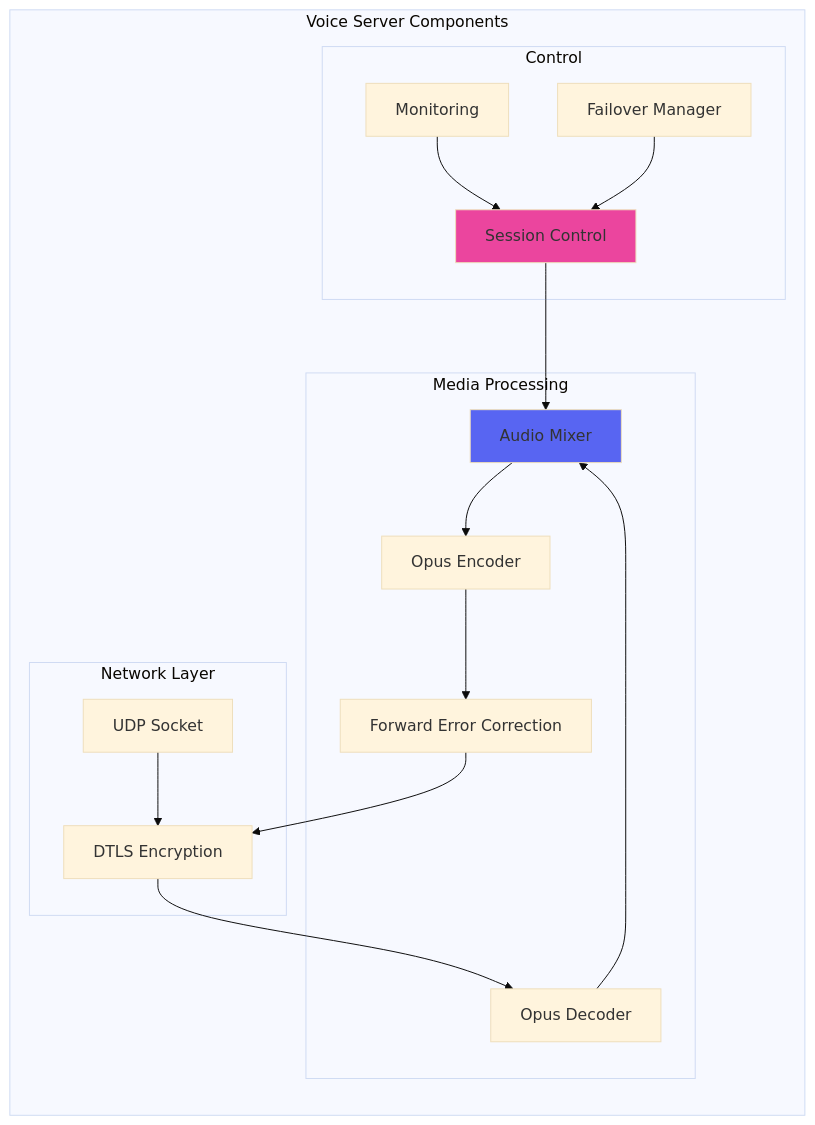
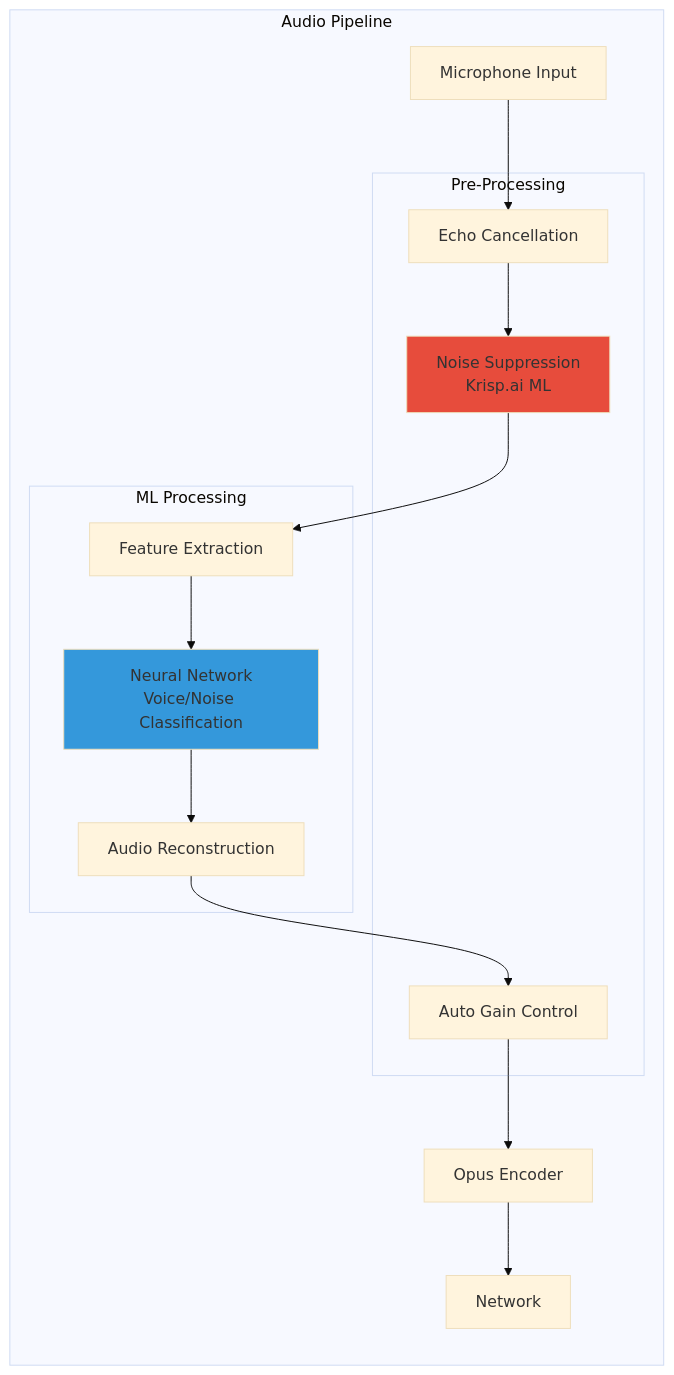
The fifth of 10 diagrams in docs/case-studies/elite-engineering/discord-voice-infrastructure.md (deepaucksharma/DStudio), drawn with Mermaid (base theme) before and after one commit. The commit also changed other lines of this file and 23 other files, not shown here.

````diff
--- a/docs/case-studies/elite-engineering/discord-voice-infrastructure.md
+++ b/docs/case-studies/elite-engineering/discord-voice-infrastructure.md
@@ -199,36 +263,33 @@
 ```mermaid
 graph LR
-    subgraph "Voice Server Components"
-        subgraph "Network Layer"
-            UDP[UDP Socket]
-            DTLS[DTLS Encryption]
+    subgraph "Audio Pipeline"
+        MIC[Microphone Input]
+        
+        subgraph "Pre-Processing"
+            EC[Echo Cancellation]
+            NS[Noise Suppression<br/>Krisp.ai ML]
+            AGC[Auto Gain Control]
         end
         
-        subgraph "Media Processing"
-            DEC[Opus Decoder]
-            MIX[Audio Mixer]
-            ENC[Opus Encoder]
-            FEC[Forward Error Correction]
+        subgraph "ML Processing"
+            FE[Feature Extraction]
+            MODEL[Neural Network<br/>Voice/Noise Classification]
+            RECON[Audio Reconstruction]
         end
         
-        subgraph "Control"
-            CTRL[Session Control]
-            MON[Monitoring]
-            FAIL[Failover Manager]
-        end
+        ENC[Opus Encoder]
+        NET[Network]
     end
     
-    UDP --> DTLS
-    DTLS --> DEC
-    DEC --> MIX
-    MIX --> ENC
-    ENC --> FEC
-    FEC --> DTLS
+    MIC --> EC
+    EC --> NS
+    NS --> FE
+    FE --> MODEL
+    MODEL --> RECON
+    RECON --> AGC
+    AGC --> ENC
+    ENC --> NET
     
-    CTRL --> MIX
-    MON --> CTRL
-    FAIL --> CTRL
-    
-    style MIX fill:#5865F2
-    style CTRL fill:#EB459E
+    style NS fill:#e74c3c
+    style MODEL fill:#3498db
 ```
````
